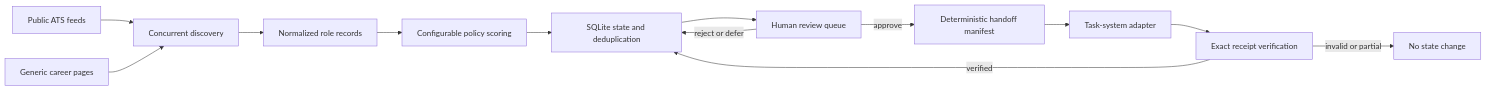
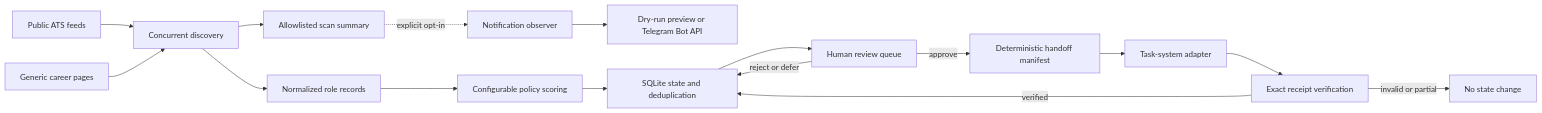
One commit to mccruz/human-in-the-loop-ai-role-monitor changed the diagram in docs/architecture.md. Above: the diagram before and after it, drawn with Mermaid. The commit also changed other lines of this file and 19 other files, not shown here.

First line of the commit message:
Add optional Telegram scan notifications (#1)

````diff
--- a/docs/architecture.md
+++ b/docs/architecture.md
@@ -5,15 +5,18 @@
 ```mermaid
 flowchart LR
     A["Public ATS feeds"] --> B["Concurrent discovery"]
     C["Generic career pages"] --> B
     B --> D["Normalized role records"]
+    B --> L["Allowlisted scan summary"]
+    L -. "explicit opt-in" .-> M["Notification observer"]
+    M --> N["Dry-run preview or Telegram Bot API"]
     D --> E["Configurable policy scoring"]
     E --> F["SQLite state and deduplication"]
     F --> G["Human review queue"]
     G -->|"approve"| H["Deterministic handoff manifest"]
     G -->|"reject or defer"| F
     H --> I["Task-system adapter"]
     I --> J["Exact receipt verification"]
     J -->|"verified"| F
     J -->|"invalid or partial"| K["No state change"]
 ```
````
